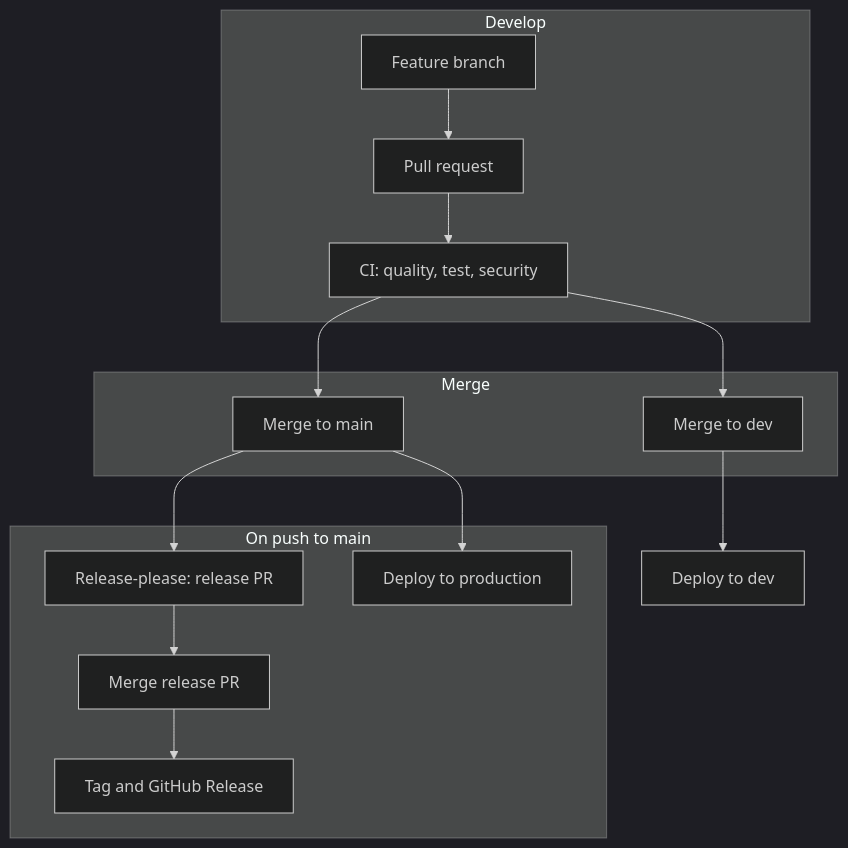
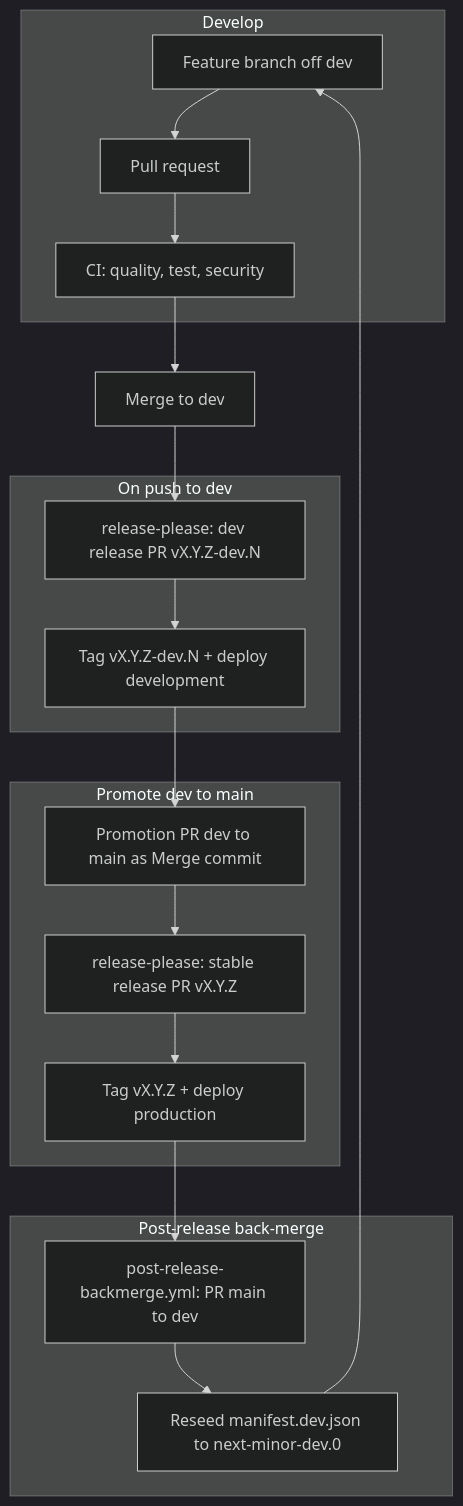
The third of 6 diagrams in docs/deployment/ci-cd/cicd-and-deployment.md (nikunjmavani/core-be), drawn with Mermaid (dark theme) before and after one commit. The commit also changed other lines of this file and 1478 other files, not shown here.

First line of the commit message:
Merge dev into main (#157)

````diff
--- a/docs/deployment/ci-cd/cicd-and-deployment.md
+++ b/docs/deployment/ci-cd/cicd-and-deployment.md
@@ -154,28 +171,34 @@
 ```mermaid
 flowchart TB
   subgraph develop [Develop]
-    Feature[Feature branch]
+    Feature[Feature branch off dev]
     PR[Pull request]
     CI[CI: quality, test, security]
     Feature --> PR --> CI
   end
 
-  subgraph merge [Merge]
-    DevMerge[Merge to dev]
-    MainMerge[Merge to main]
+  subgraph onDev [On push to dev]
+    DevReleasePlease[release-please: dev release PR vX.Y.Z-dev.N]
+    DevTag[Tag vX.Y.Z-dev.N + deploy development]
+    DevReleasePlease --> DevTag
   end
 
-  subgraph on_main [On push to main]
-    ReleasePlease[Release-please: release PR]
-    MergeReleasePR[Merge release PR]
-    TagRelease[Tag and GitHub Release]
-    DeployProd[Deploy to production]
-    ReleasePlease --> MergeReleasePR --> TagRelease
-    MainMerge --> ReleasePlease
-    MainMerge --> DeployProd
+  subgraph promote [Promote dev to main]
+    PromotePR[Promotion PR dev to main as Merge commit]
+    MainReleasePlease[release-please: stable release PR vX.Y.Z]
+    MainTag[Tag vX.Y.Z + deploy production]
+    PromotePR --> MainReleasePlease --> MainTag
   end
 
-  CI --> DevMerge
-  CI --> MainMerge
-  DevMerge --> DeployDev[Deploy to dev]
+  subgraph backmerge [Post-release back-merge]
+    BackmergeWorkflow["post-release-backmerge.yml: PR main to dev"]
+    DevSeed["Reseed manifest.dev.json to next-minor-dev.0"]
+    BackmergeWorkflow --> DevSeed
+  end
+
+  CI --> DevMerge[Merge to dev]
+  DevMerge --> DevReleasePlease
+  DevTag --> PromotePR
+  MainTag --> BackmergeWorkflow
+  DevSeed --> Feature
 ```
````
